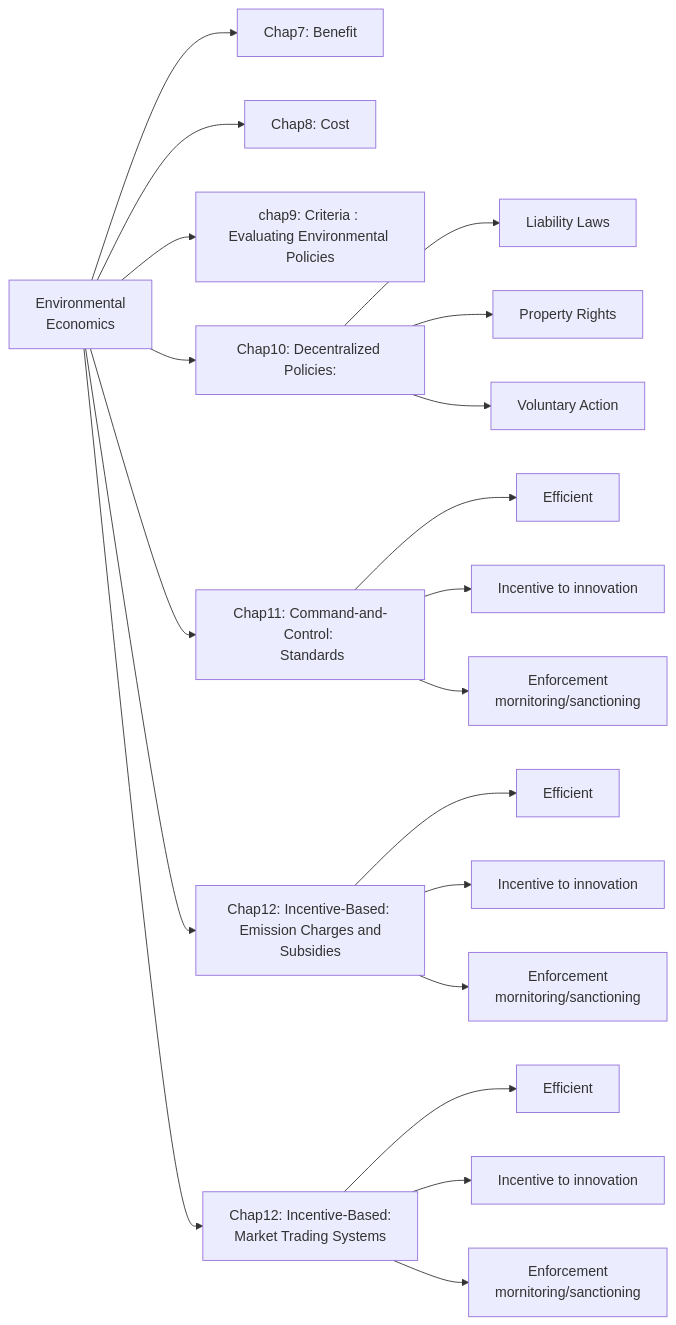
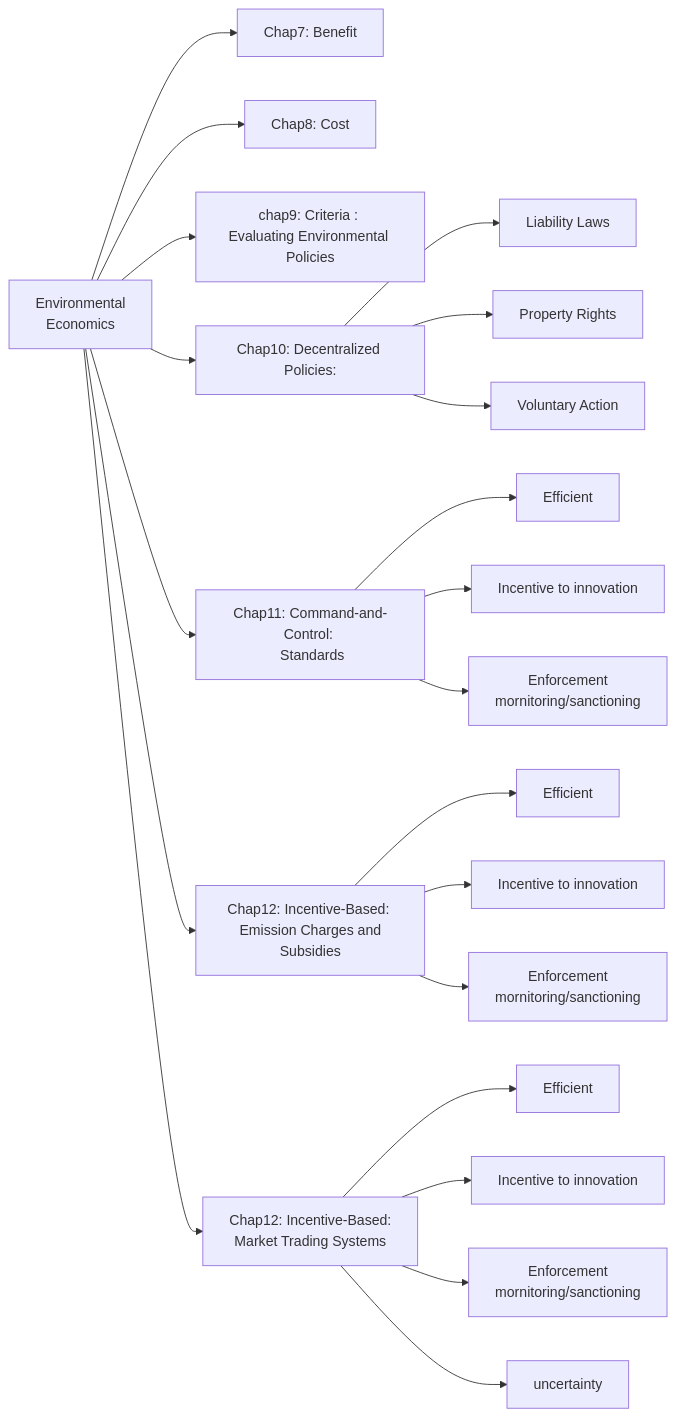
Before and after one commit to snowdj/ECON: the diagram in _posts/2017-04-13-381-final-2017.md, drawn with Mermaid.

```diff
--- a/_posts/2017-04-13-381-final-2017.md
+++ b/_posts/2017-04-13-381-final-2017.md
@@ -22,24 +22,24 @@
 <div class="mermaid">
 graph LR
       id0[Environmental <br> Economics]-->id1[Chap7: Benefit]
       id0[Environmental <br> Economics]-->id2[Chap8: Cost]
       id0[Environmental <br> Economics]-->id3[chap9: Criteria : <br>Evaluating Environmental Policies]
       id0[Environmental <br> Economics]-->id4[Chap10: Decentralized Policies:]
       id0[Environmental <br> Economics]-->id5[Chap11: Command-and-Control: <br> Standards]
       id0[Environmental <br> Economics]-->id6[Chap12: Incentive-Based: <br> Emission Charges and Subsidies]
       id0[Environmental <br> Economics]-->id7[Chap12: Incentive-Based: <br> Market Trading Systems]
       
       id4-->id9[Liability Laws]
      id4-->id10[Property Rights]
      id4-->id11[Voluntary Action]
      id5-->id12[Efficient]
      id5-->id13[Incentive to innovation]
      id5-->id14[Enforcement <br> mornitoring/sanctioning]
      id6-->id15[Efficient]
      id6-->id16[Incentive to innovation]
      id6-->id17[Enforcement<br> mornitoring/sanctioning]
      id7-->id18[Efficient]
      id7-->id19[Incentive to innovation]
      id7-->id20[Enforcement<br> mornitoring/sanctioning]
-     
+     id7-->id21[uncertainty]
  </div>
```
